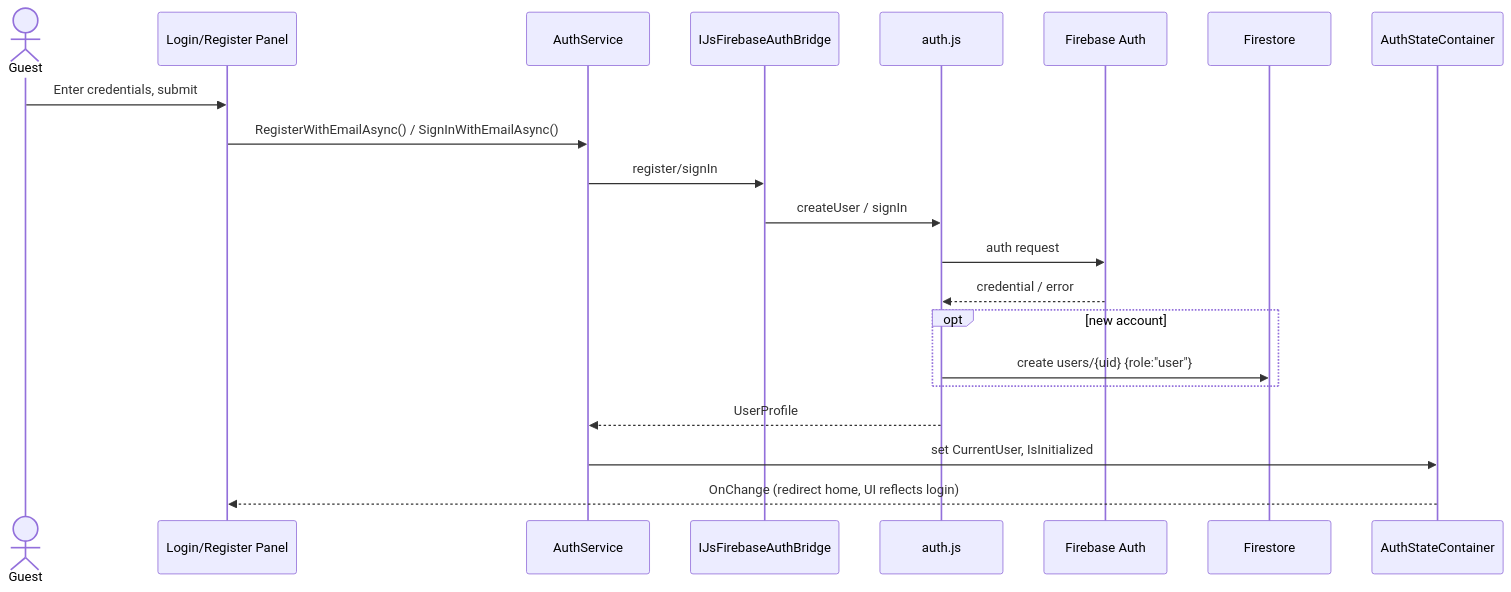
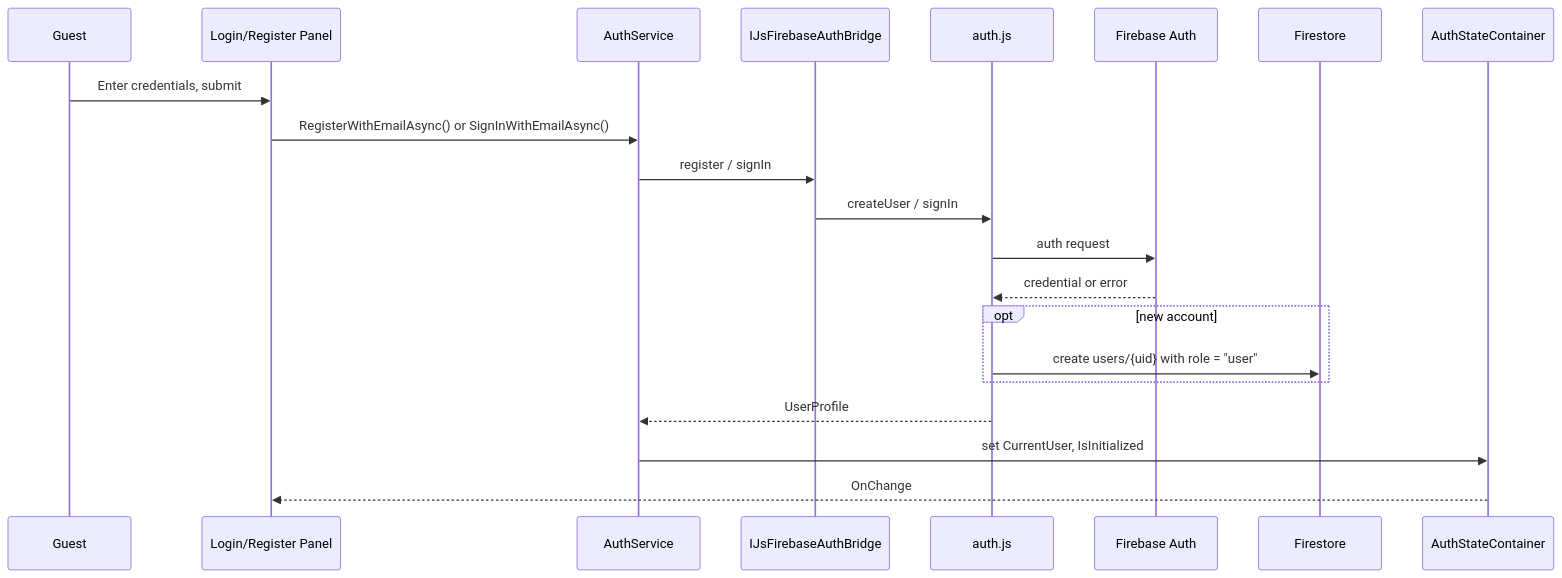
Diagram 11 of 19 in DESIGN.md (codeHannan/Hardware-Diagnostic-Platform-Blazor), drawn with Mermaid before and after one commit. The commit also changed other lines of this file and 38 other files, not shown here.

````diff
--- a/DESIGN.md
+++ b/DESIGN.md
@@ -766,24 +876,24 @@
 ```mermaid
 sequenceDiagram
-    actor G as Guest
+    participant G as Guest
     participant Panel as Login/Register Panel
     participant Svc as AuthService
     participant Bridge as IJsFirebaseAuthBridge
     participant JS as auth.js
     participant FB as Firebase Auth
     participant DB as Firestore
     participant State as AuthStateContainer
 
     G->>Panel: Enter credentials, submit
-    Panel->>Svc: RegisterWithEmailAsync() / SignInWithEmailAsync()
-    Svc->>Bridge: register/signIn
+    Panel->>Svc: RegisterWithEmailAsync() or SignInWithEmailAsync()
+    Svc->>Bridge: register / signIn
     Bridge->>JS: createUser / signIn
     JS->>FB: auth request
-    FB-->>JS: credential / error
+    FB-->>JS: credential or error
     opt new account
-        JS->>DB: create users/{uid} {role:"user"}
+        JS->>DB: create users/{uid} with role = "user"
     end
     JS-->>Svc: UserProfile
     Svc->>State: set CurrentUser, IsInitialized
-    State-->>Panel: OnChange (redirect home, UI reflects login)
+    State-->>Panel: OnChange
 ```
````
